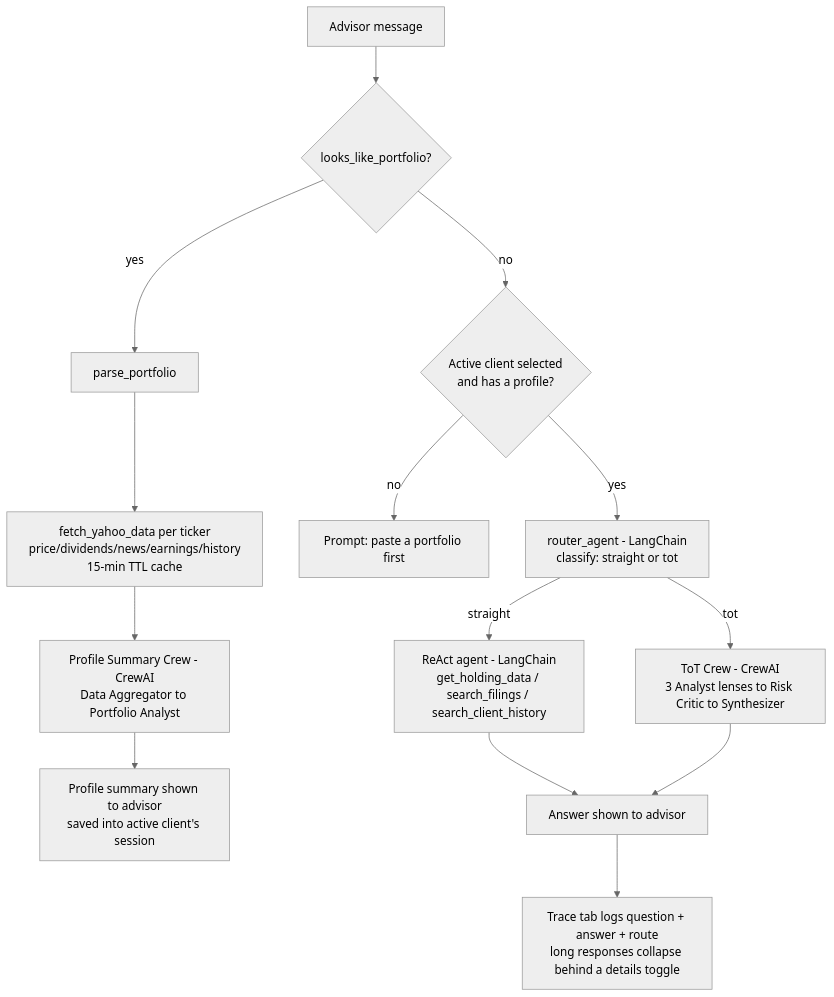
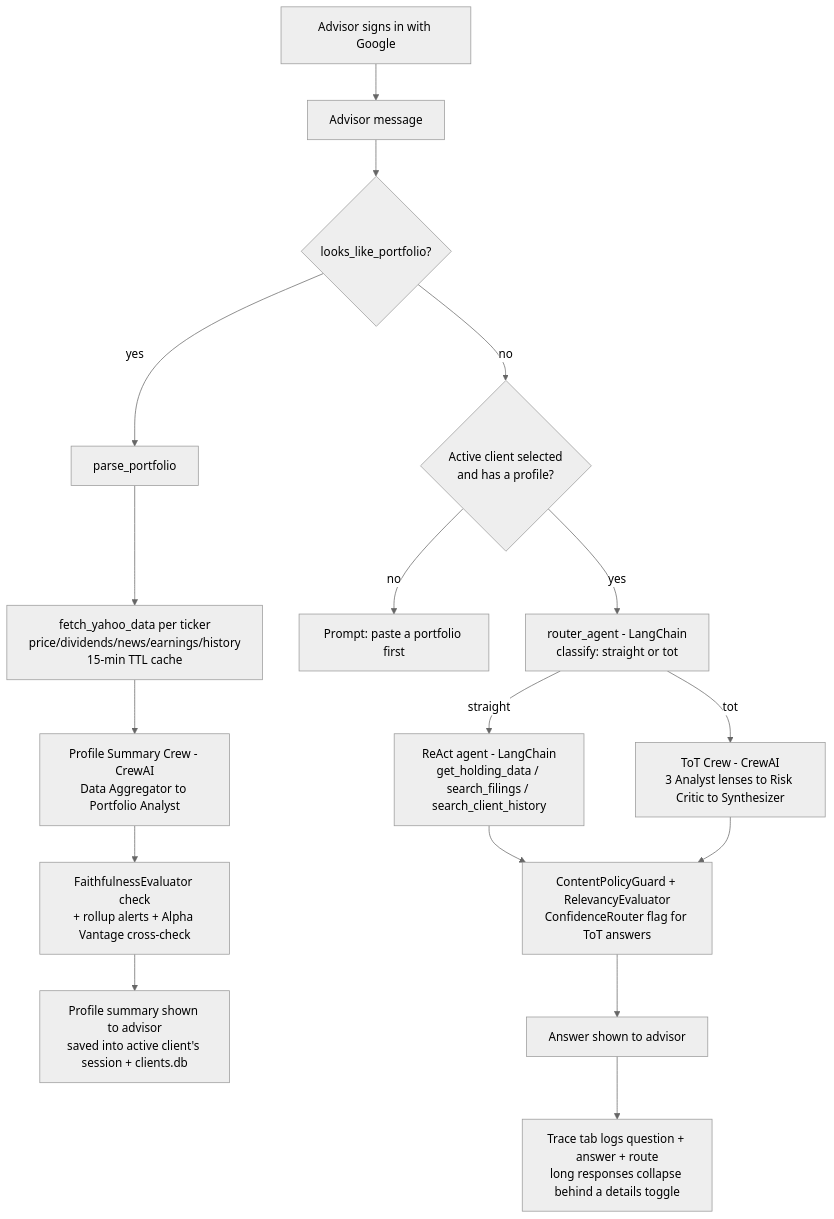
Before and after one commit to Irving0904/MarketForecastor: the diagram in README.md, drawn with Mermaid (neutral theme). The commit also changed other lines of this file and 1 other file, not shown here.

First line of the commit message:
Update README's flow diagram to match the real current pipeline

````diff
--- a/README.md
+++ b/README.md
@@ -26,17 +32,20 @@
 ```mermaid
 flowchart TD
-    A[Advisor message] --> B{looks_like_portfolio?}
+    Z[Advisor signs in with Google] --> A[Advisor message]
+    A --> B{looks_like_portfolio?}
     B -- yes --> C[parse_portfolio]
     C --> D[fetch_yahoo_data per ticker<br/>price/dividends/news/earnings/history<br/>15-min TTL cache]
     D --> E[Profile Summary Crew - CrewAI<br/>Data Aggregator to Portfolio Analyst]
-    E --> F[Profile summary shown to advisor<br/>saved into active client's session]
+    E --> F[FaithfulnessEvaluator check<br/>+ rollup alerts + Alpha Vantage cross-check]
+    F --> P[Profile summary shown to advisor<br/>saved into active client's session + clients.db]
 
     B -- no --> G{Active client selected<br/>and has a profile?}
     G -- no --> H[Prompt: paste a portfolio first]
     G -- yes --> I[router_agent - LangChain<br/>classify: straight or tot]
     I -- straight --> J[ReAct agent - LangChain<br/>get_holding_data / search_filings / search_client_history]
     I -- tot --> K[ToT Crew - CrewAI<br/>3 Analyst lenses to Risk Critic to Synthesizer]
-    J --> L[Answer shown to advisor]
+    J --> L[ContentPolicyGuard + RelevancyEvaluator<br/>ConfidenceRouter flag for ToT answers]
     K --> L
-    L --> M[Trace tab logs question + answer + route<br/>long responses collapse behind a details toggle]
+    L --> M[Answer shown to advisor]
+    M --> N[Trace tab logs question + answer + route<br/>long responses collapse behind a details toggle]
 ```
````
